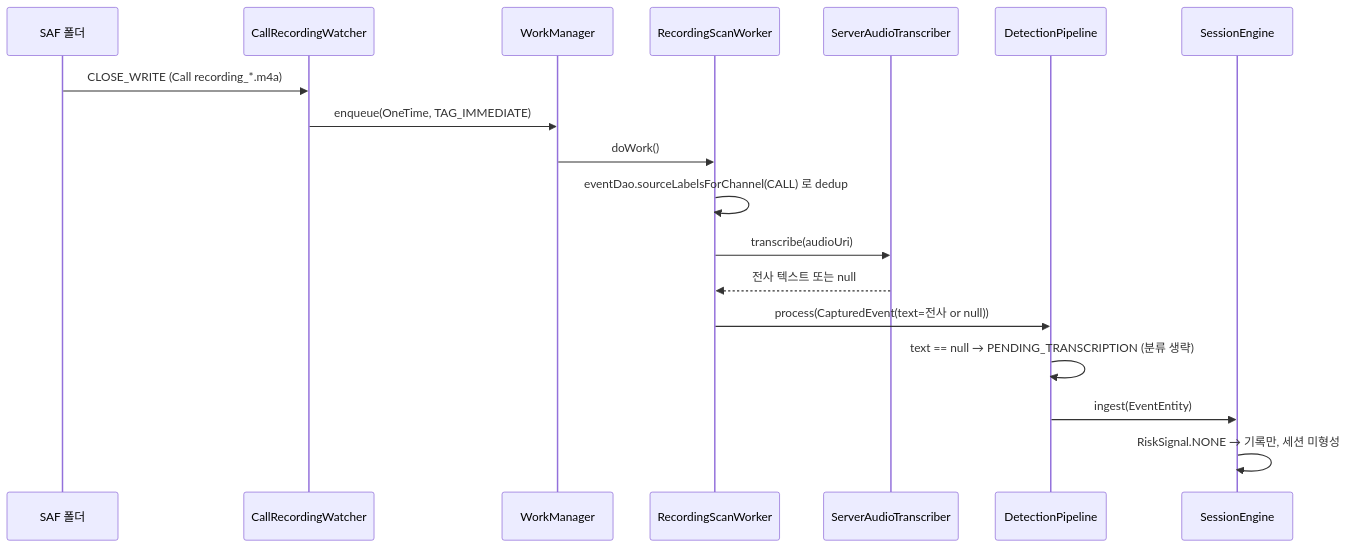
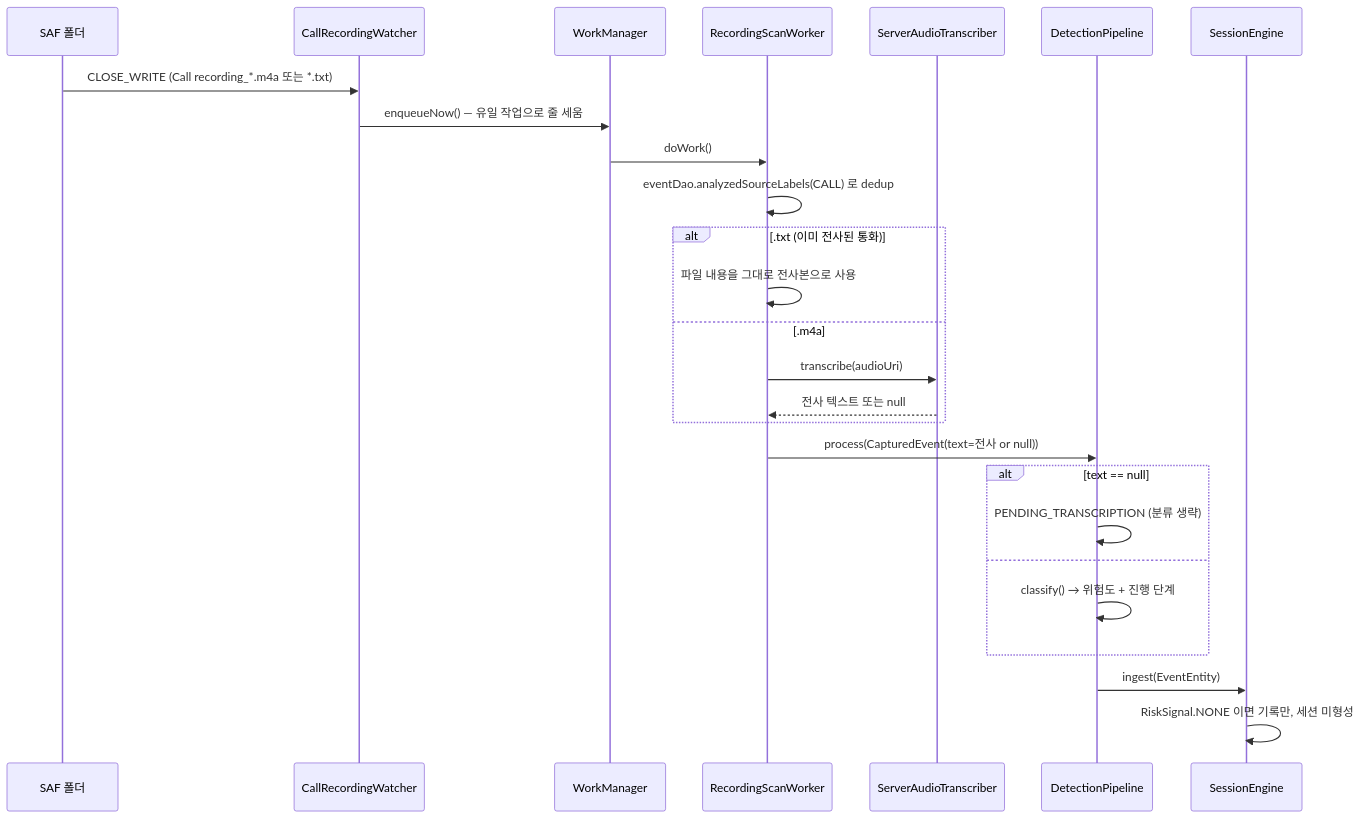
Before and after one commit to AVA-Ajou/AVA-app: the second of 3 diagrams in docs/architecture.md, drawn with Mermaid. The commit also changed other lines of this file and 19 other files, not shown here.

````diff
--- a/docs/architecture.md
+++ b/docs/architecture.md
@@ -47,21 +46,29 @@
 ```mermaid
 sequenceDiagram
     participant FS as SAF 폴더
     participant W as CallRecordingWatcher
     participant WM as WorkManager
     participant SW as RecordingScanWorker
     participant STT as ServerAudioTranscriber
     participant P as DetectionPipeline
     participant S as SessionEngine
 
-    FS->>W: CLOSE_WRITE (Call recording_*.m4a)
-    W->>WM: enqueue(OneTime, TAG_IMMEDIATE)
+    FS->>W: CLOSE_WRITE (Call recording_*.m4a 또는 *.txt)
+    W->>WM: enqueueNow() — 유일 작업으로 줄 세움
     WM->>SW: doWork()
-    SW->>SW: eventDao.sourceLabelsForChannel(CALL) 로 dedup
-    SW->>STT: transcribe(audioUri)
-    STT-->>SW: 전사 텍스트 또는 null
+    SW->>SW: eventDao.analyzedSourceLabels(CALL) 로 dedup
+    alt .txt (이미 전사된 통화)
+        SW->>SW: 파일 내용을 그대로 전사본으로 사용
+    else .m4a
+        SW->>STT: transcribe(audioUri)
+        STT-->>SW: 전사 텍스트 또는 null
+    end
     SW->>P: process(CapturedEvent(text=전사 or null))
-    P->>P: text == null → PENDING_TRANSCRIPTION (분류 생략)
+    alt text == null
+        P->>P: PENDING_TRANSCRIPTION (분류 생략)
+    else
+        P->>P: classify() → 위험도 + 진행 단계
+    end
     P->>S: ingest(EventEntity)
-    S->>S: RiskSignal.NONE → 기록만, 세션 미형성
+    S->>S: RiskSignal.NONE 이면 기록만, 세션 미형성
 ```
````
